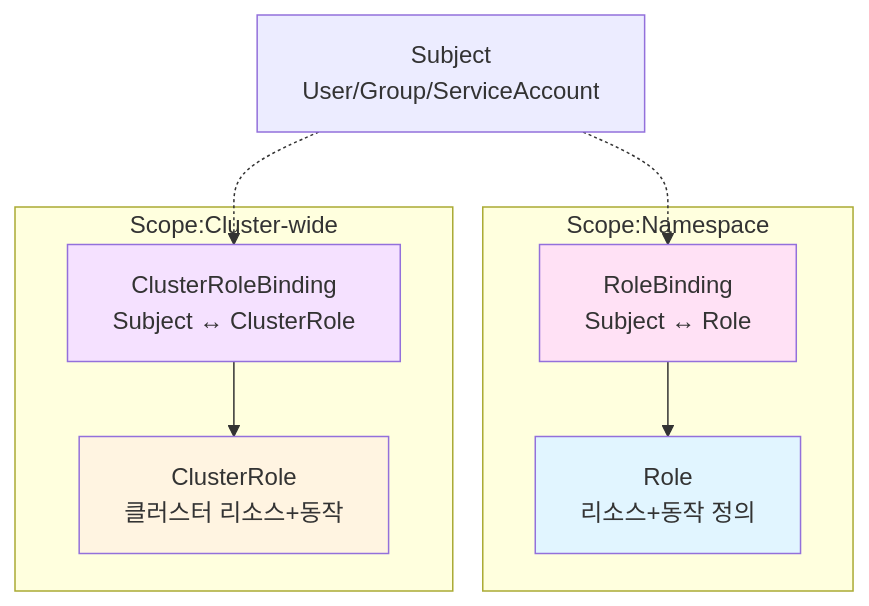
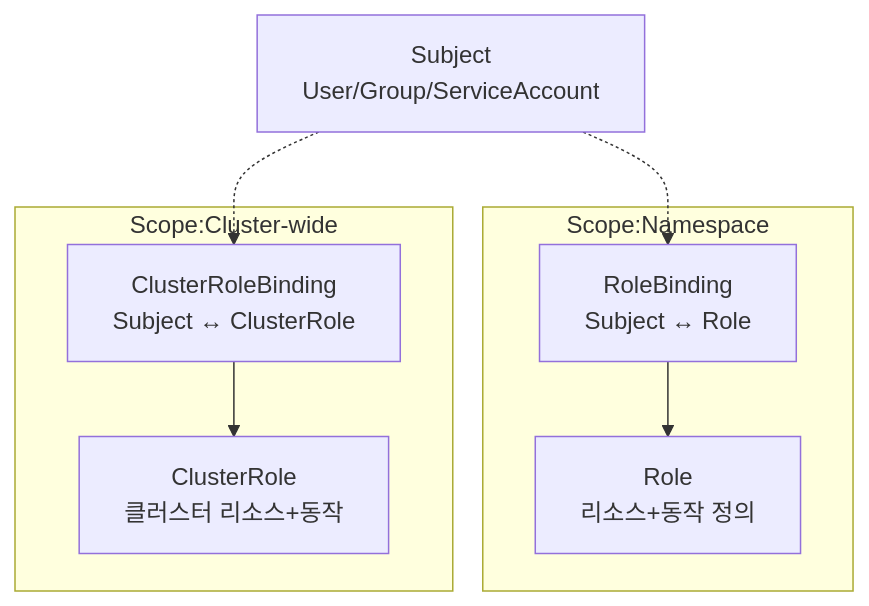
Before and after one commit to juwon8891/juwon8891.github.io: the fourth of 16 diagrams in docs/eks/week4-authn-authz.md, drawn with Mermaid. The commit also changed other lines of this file and 18 other files, not shown here.

Commit message:
Remove bright colors from Mermaid diagrams for dark mode compatibility

````diff
--- a/docs/eks/week4-authn-authz.md
+++ b/docs/eks/week4-authn-authz.md
@@ -370,24 +367,20 @@
 ```mermaid
 graph TB
     subgraph Scope:Namespace
         Role[Role<br/>리소스+동작 정의]
         RoleBinding[RoleBinding<br/>Subject ↔ Role]
     end
 
     subgraph Scope:Cluster-wide
         ClusterRole[ClusterRole<br/>클러스터 리소스+동작]
         ClusterRoleBinding[ClusterRoleBinding<br/>Subject ↔ ClusterRole]
     end
 
     Subject[Subject<br/>User/Group/ServiceAccount]
 
     Subject -.-> RoleBinding
     Subject -.-> ClusterRoleBinding
     RoleBinding --> Role
     ClusterRoleBinding --> ClusterRole
 
-    style Role fill:#e1f5ff
-    style ClusterRole fill:#fff4e1
-    style RoleBinding fill:#ffe1f5
-    style ClusterRoleBinding fill:#f5e1ff
 ```
````
